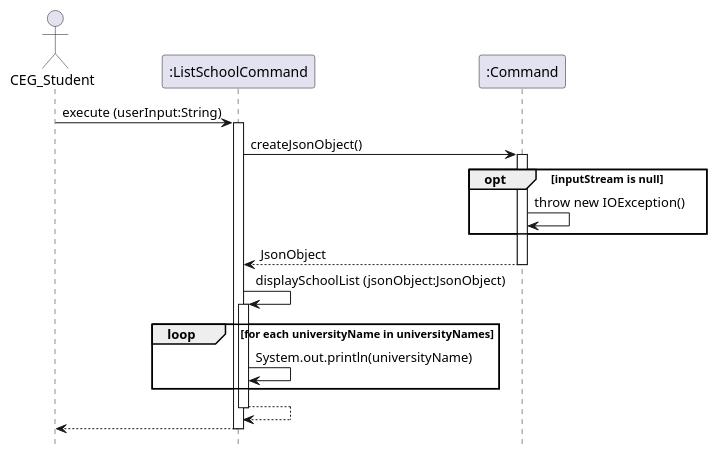
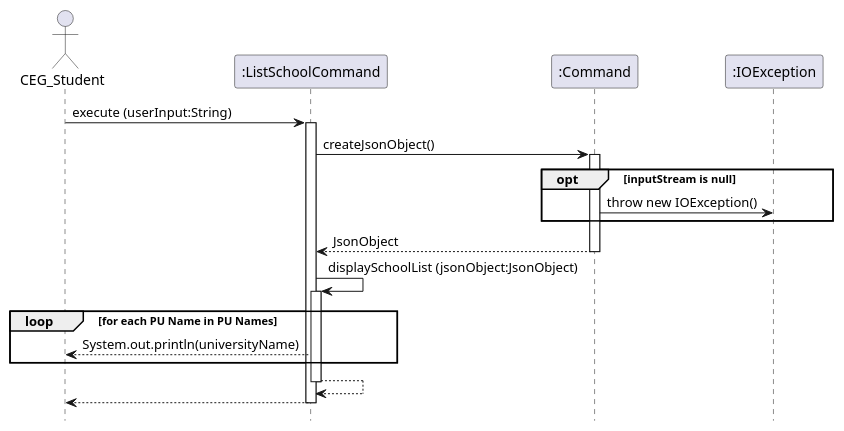
Before and after one commit to nus-cs2113-AY2425S1/tp: the diagram in docs/diagrams/ListSchoolsCommand.puml, drawn with PlantUML.

Commit message:
Change sequence diagram in list schools puml

```diff
--- a/docs/diagrams/ListSchoolsCommand.puml
+++ b/docs/diagrams/ListSchoolsCommand.puml
@@ -1,34 +1,35 @@
 @startuml
 
 hide footbox
 
 actor CEG_Student
 participant ":ListSchoolCommand" as ListSchoolCommand
 participant ":Command" as Command
+participant ":IOException" as IOException
 
 CEG_Student -> ListSchoolCommand: execute (userInput:String)
 activate ListSchoolCommand
 
 ListSchoolCommand -> Command: createJsonObject()
 activate Command
 
 opt inputStream is null
-    Command -> Command: throw new IOException()
+    Command -> IOException: throw new IOException()
 end
 
 Command --> ListSchoolCommand: JsonObject
 deactivate Command
 
 ListSchoolCommand -> ListSchoolCommand: displaySchoolList (jsonObject:JsonObject)
 activate ListSchoolCommand
 
-loop for each universityName in universityNames
-    ListSchoolCommand -> ListSchoolCommand: System.out.println(universityName)
+loop for each PU Name in PU Names
+    ListSchoolCommand --> CEG_Student: System.out.println(universityName)
 end
 
 ListSchoolCommand --> ListSchoolCommand
 deactivate ListSchoolCommand
 
 ListSchoolCommand --> CEG_Student
 deactivate ListSchoolCommand
 @enduml
```
